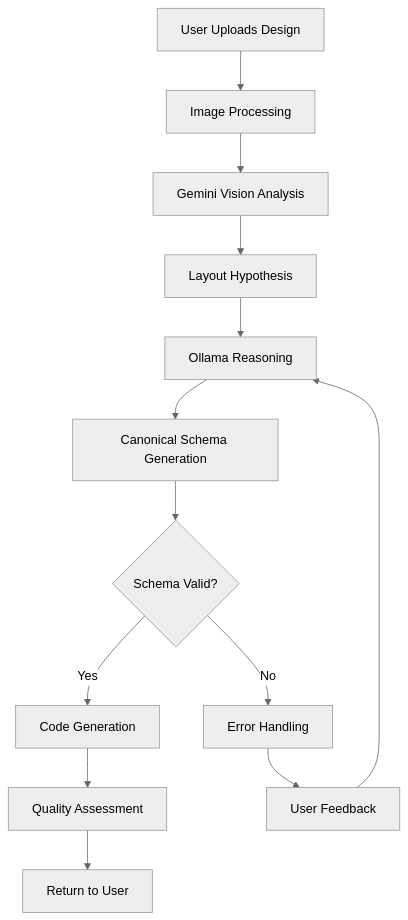
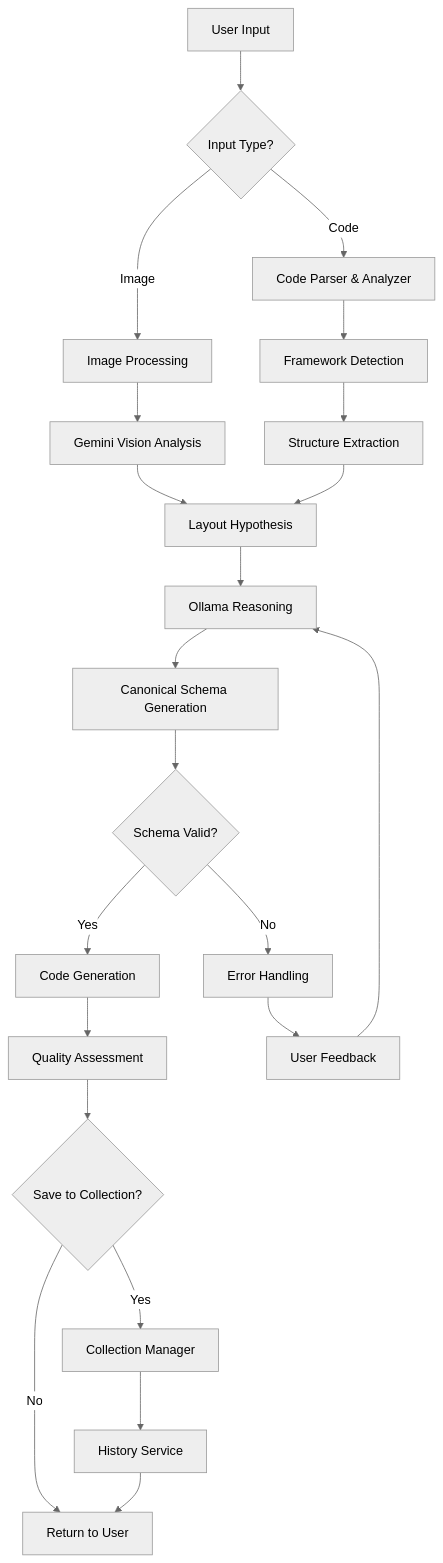
The diagram in docs/09 Architecture.md (petrushandika/Structra), drawn with Mermaid (neutral theme) before and after one commit. The commit also changed other lines of this file and 17 other files, not shown here.

First line of the commit message:
docs: Introduce Code Input and Collection Management features

````diff
--- a/docs/09 Architecture.md
+++ b/docs/09 Architecture.md
@@ -119,15 +195,24 @@
 ```mermaid
 flowchart TD
-    A[User Uploads Design] --> B[Image Processing]
-    B --> C[Gemini Vision Analysis]
-    C --> D[Layout Hypothesis]
-    D --> E[Ollama Reasoning]
-    E --> F[Canonical Schema Generation]
-    F --> G{Schema Valid?}
-    G -->|No| H[Error Handling]
-    G -->|Yes| I[Code Generation]
-    I --> J[Quality Assessment]
-    J --> K[Return to User]
-    H --> L[User Feedback]
-    L --> E
+    A[User Input] --> B{Input Type?}
+    B -->|Image| C[Image Processing]
+    B -->|Code| D[Code Parser & Analyzer]
+    C --> E[Gemini Vision Analysis]
+    D --> F[Framework Detection]
+    F --> G[Structure Extraction]
+    E --> H[Layout Hypothesis]
+    G --> H
+    H --> I[Ollama Reasoning]
+    I --> J[Canonical Schema Generation]
+    J --> K{Schema Valid?}
+    K -->|No| L[Error Handling]
+    K -->|Yes| M[Code Generation]
+    M --> N[Quality Assessment]
+    N --> O{Save to Collection?}
+    O -->|Yes| P[Collection Manager]
+    O -->|No| Q[Return to User]
+    P --> R[History Service]
+    R --> Q
+    L --> S[User Feedback]
+    S --> I
 ```
````
